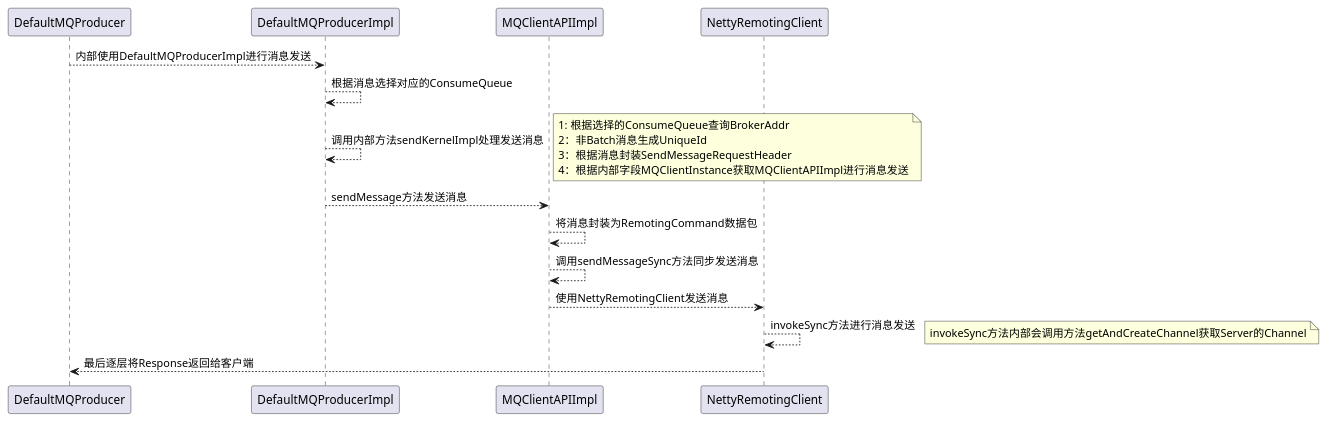
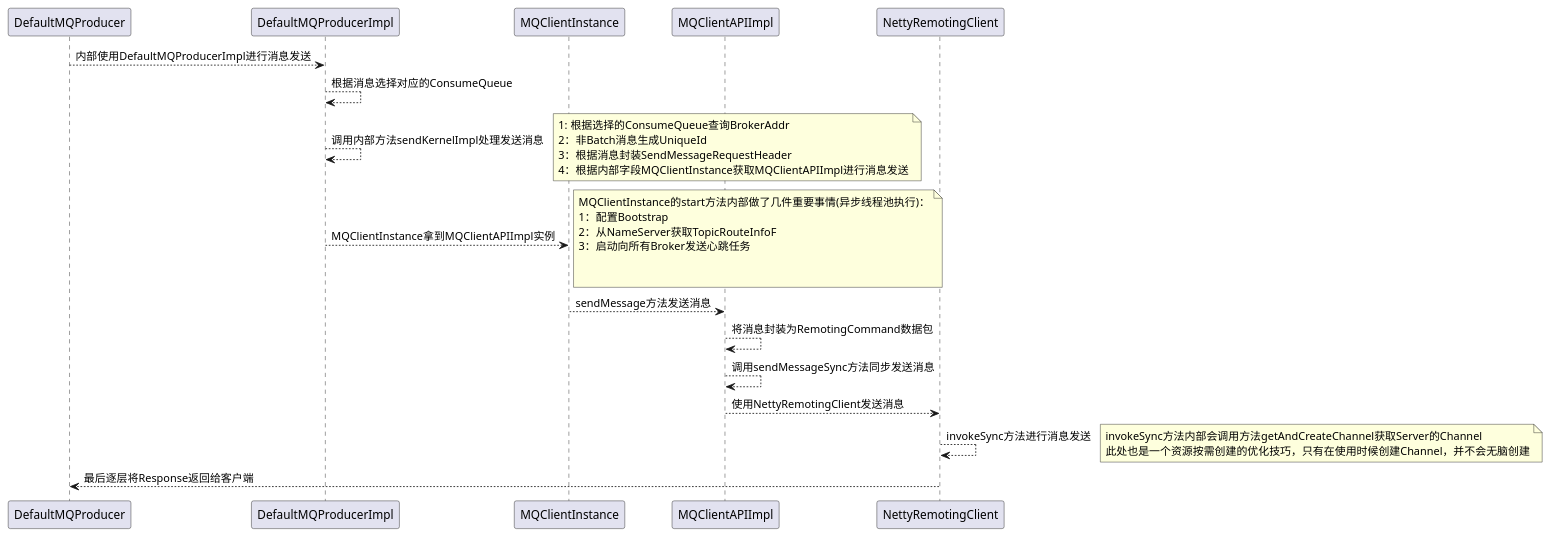
The second of 2 diagrams in client/uml/producer/producer.puml (javartisan/rocketmq), drawn with PlantUML before and after one commit.

Commit message:
完善producer流程图

```diff
--- a/client/uml/producer/producer.puml
+++ b/client/uml/producer/producer.puml
@@ -30,25 +30,34 @@
 @startuml
 ' Producer发送消息的流程图
 DefaultMQProducer --> DefaultMQProducerImpl : 内部使用DefaultMQProducerImpl进行消息发送
 DefaultMQProducerImpl -->  DefaultMQProducerImpl : 根据消息选择对应的ConsumeQueue
 
 DefaultMQProducerImpl -->  DefaultMQProducerImpl : 调用内部方法sendKernelImpl处理发送消息
 note right
 1: 根据选择的ConsumeQueue查询BrokerAddr
 2：非Batch消息生成UniqueId
 3：根据消息封装SendMessageRequestHeader
 4：根据内部字段MQClientInstance获取MQClientAPIImpl进行消息发送
 end note
+DefaultMQProducerImpl --> MQClientInstance : MQClientInstance拿到MQClientAPIImpl实例
+note right
+MQClientInstance的start方法内部做了几件重要事情(异步线程池执行)：
+1：配置Bootstrap
+2：从NameServer获取TopicRouteInfoF
+3：启动向所有Broker发送心跳任务
 
-DefaultMQProducerImpl --> MQClientAPIImpl : sendMessage方法发送消息
+
+end note
+MQClientInstance --> MQClientAPIImpl : sendMessage方法发送消息
 MQClientAPIImpl --> MQClientAPIImpl : 将消息封装为RemotingCommand数据包
 MQClientAPIImpl --> MQClientAPIImpl : 调用sendMessageSync方法同步发送消息
 MQClientAPIImpl --> NettyRemotingClient : 使用NettyRemotingClient发送消息
 NettyRemotingClient --> NettyRemotingClient : invokeSync方法进行消息发送
 note right
  invokeSync方法内部会调用方法getAndCreateChannel获取Server的Channel
+ 此处也是一个资源按需创建的优化技巧，只有在使用时候创建Channel，并不会无脑创建
 end note
 
 NettyRemotingClient --> DefaultMQProducer : 最后逐层将Response返回给客户端
 
 @enduml
```
